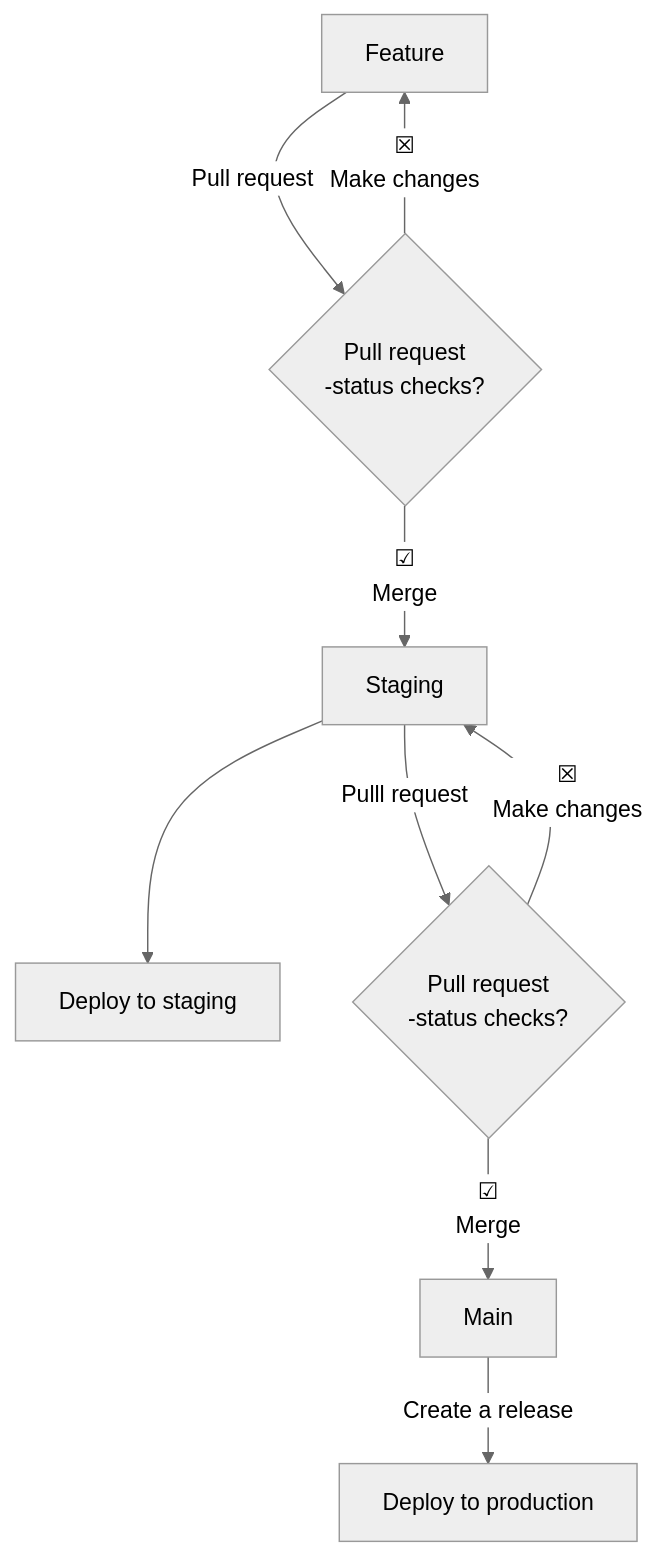
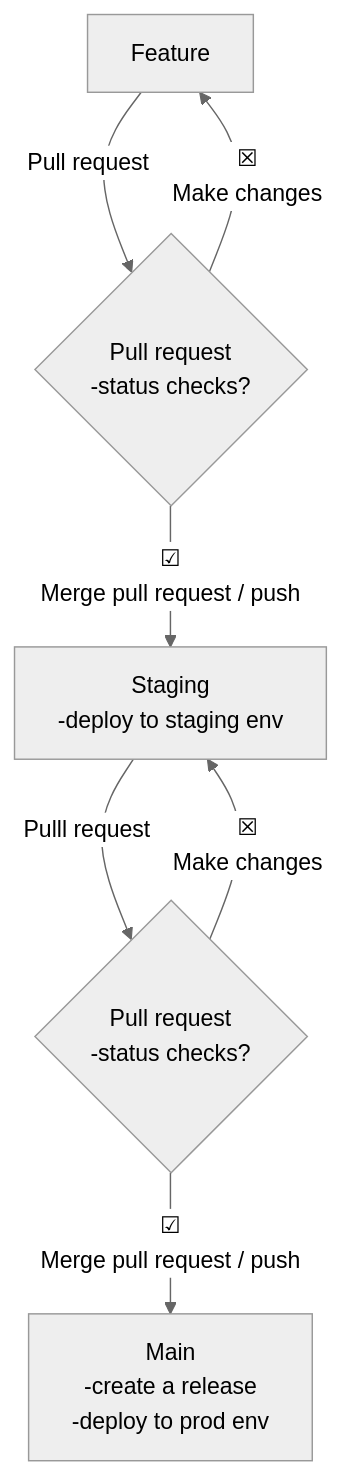
One commit to the-tatanka/personal-website changed the diagram in docs/security-toolchain/github-integration.md. Above: the diagram before and after it, drawn with Mermaid (neutral theme). The commit also changed other lines of this file and 1 other file, not shown here.

````diff
--- a/docs/security-toolchain/github-integration.md
+++ b/docs/security-toolchain/github-integration.md
@@ -13,15 +11,11 @@
 ```mermaid
 graph TD
     A[Feature] -->|Pull request| B{Pull request <br /> -status checks?}
 
-    B -->|&#9745 <br /> Merge| C[Staging]
+    B -->|&#9745 <br /> Merge pull request / push| C[Staging <br /> -deploy to staging env]
     B -->|&#9746 <br /> Make changes| A
 
-    C --> F[Deploy to staging]
-
     C -->|Pulll request| D{Pull request <br /> -status checks?}
-    D -->|&#9745 <br /> Merge| E[Main]
+    D -->|&#9745 <br /> Merge pull request / push| E[Main <br /> -create a release <br /> -deploy to prod env]
     D -->|&#9746 <br /> Make changes| C
-
-    E -->|Create a release| G[Deploy to production]
 ```
````
